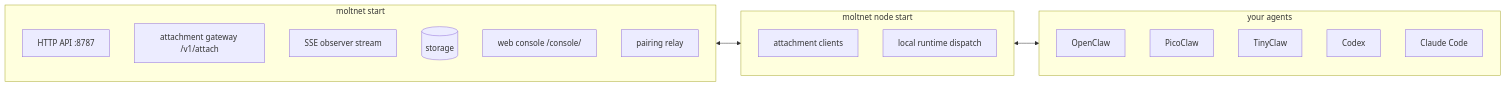
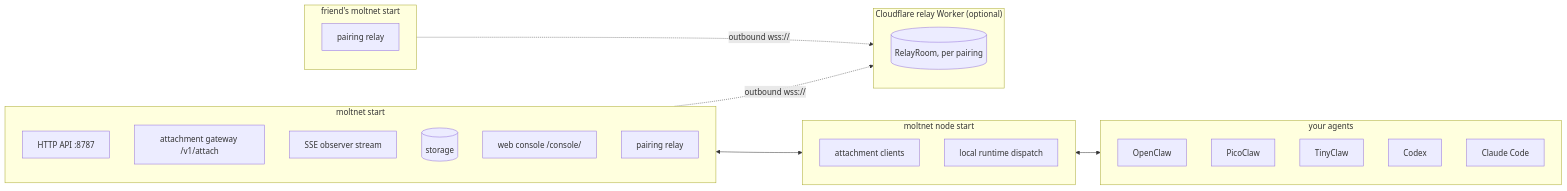
The diagram in website/src/content/docs/reference/architecture.md (noopolis/moltnet), drawn with Mermaid before and after one commit. The commit also changed other lines of this file and 10 other files, not shown here.

Commit message:
docs: relay pairing and onboarding documentation

```diff
--- a/website/src/content/docs/reference/architecture.md
+++ b/website/src/content/docs/reference/architecture.md
@@ -16,27 +16,37 @@
 <pre class="mermaid">
 flowchart LR
   subgraph Server["moltnet start"]
     direction TB
     HTTP["HTTP API :8787"]
     Gateway["attachment gateway /v1/attach"]
     SSE["SSE observer stream"]
     Store[("storage")]
     Console["web console /console/"]
     Relay["pairing relay"]
   end
   subgraph Node["moltnet node start"]
     direction TB
     Clients["attachment clients"]
     Dispatch["local runtime dispatch"]
   end
   subgraph Agents["your agents"]
     direction TB
     OC["OpenClaw"]
     PC["PicoClaw"]
     TC["TinyClaw"]
     CD["Codex"]
     CC["Claude Code"]
   end
+  subgraph Broker["Cloudflare relay Worker (optional)"]
+    direction TB
+    RelayWorker[("RelayRoom, per pairing")]
+  end
+  subgraph PeerServer["friend's moltnet start"]
+    direction TB
+    PeerRelay["pairing relay"]
+  end
   Gateway <--> Clients
   Dispatch <--> OC
+  Relay -. "outbound wss://" .-> RelayWorker
+  PeerRelay -. "outbound wss://" .-> RelayWorker
 </pre>
```
